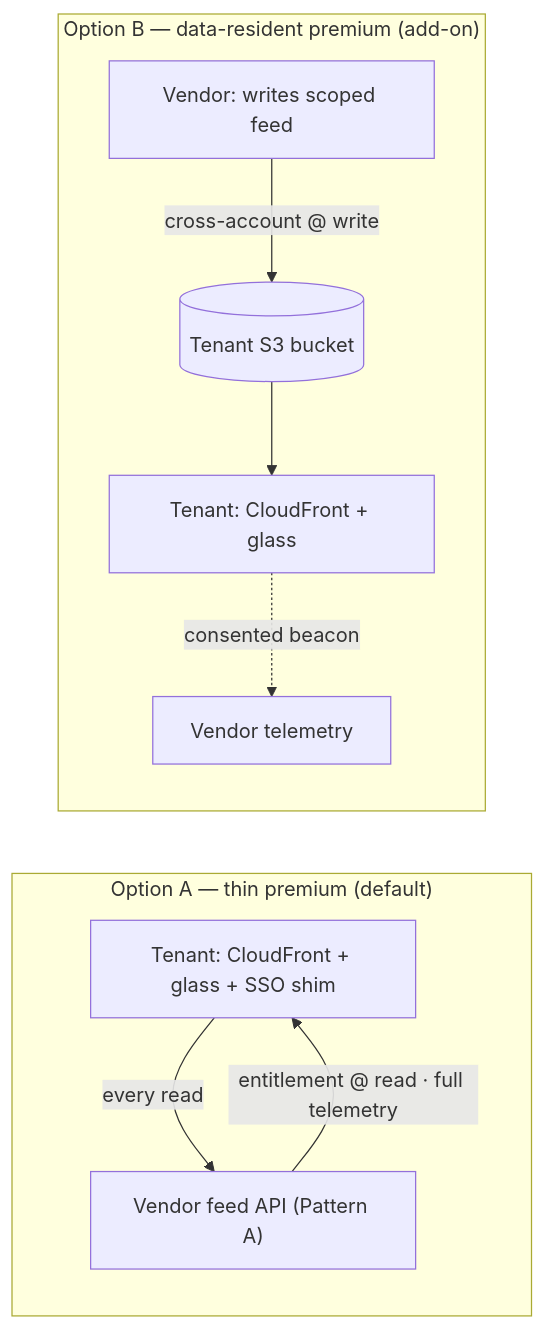
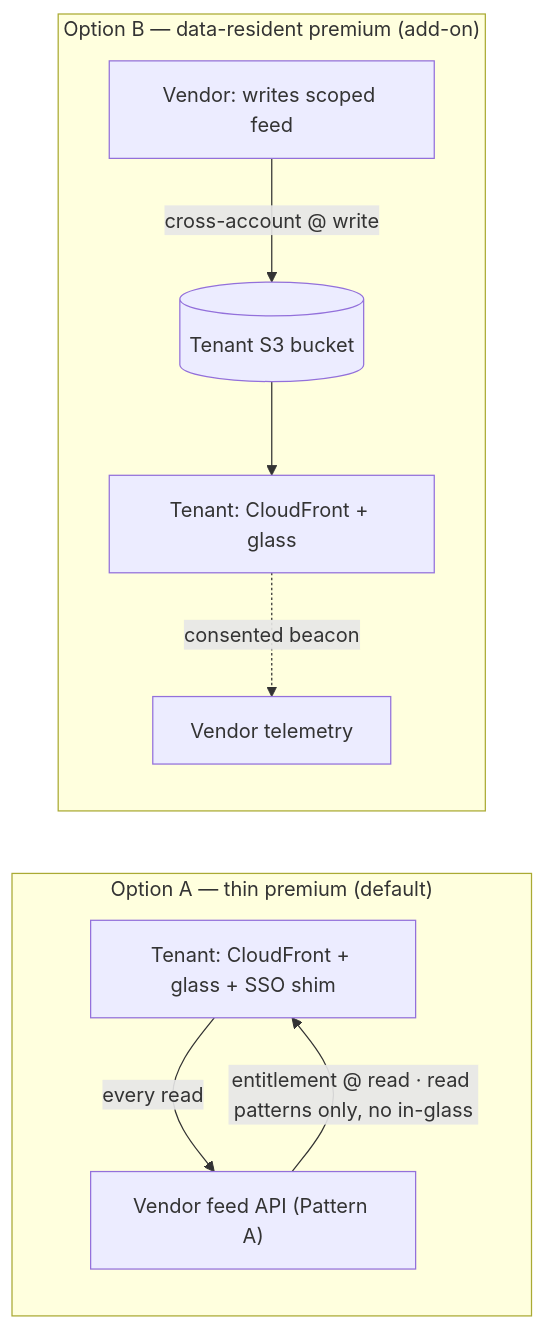
The fourth of 11 diagrams in docs/2026-08-19-distribution-model.md (marcioyoshida/Signals-Competitor-Intelligence), drawn with Mermaid before and after one commit. The commit also changed other lines of this file, not shown here.

First line of the commit message:
Distribution model: correct the premium's telemetry story (independence, not "full")

````diff
--- a/docs/2026-08-19-distribution-model.md
+++ b/docs/2026-08-19-distribution-model.md
@@ -218,12 +231,12 @@
 ```mermaid
 flowchart LR
   subgraph OA["Option A — thin premium (default)"]
     A1["Tenant: CloudFront + glass + SSO shim"] -->|every read| AV["Vendor feed API (Pattern A)"]
-    AV -->|"entitlement @ read · full telemetry"| A1
+    AV -->|"entitlement @ read · read patterns only, no in-glass"| A1
   end
   subgraph OB["Option B — data-resident premium (add-on)"]
     BV["Vendor: writes scoped feed"] -->|"cross-account @ write"| BB[("Tenant S3 bucket")]
     BB --> B1["Tenant: CloudFront + glass"]
     B1 -.->|consented beacon| BT["Vendor telemetry"]
   end
 ```
````
